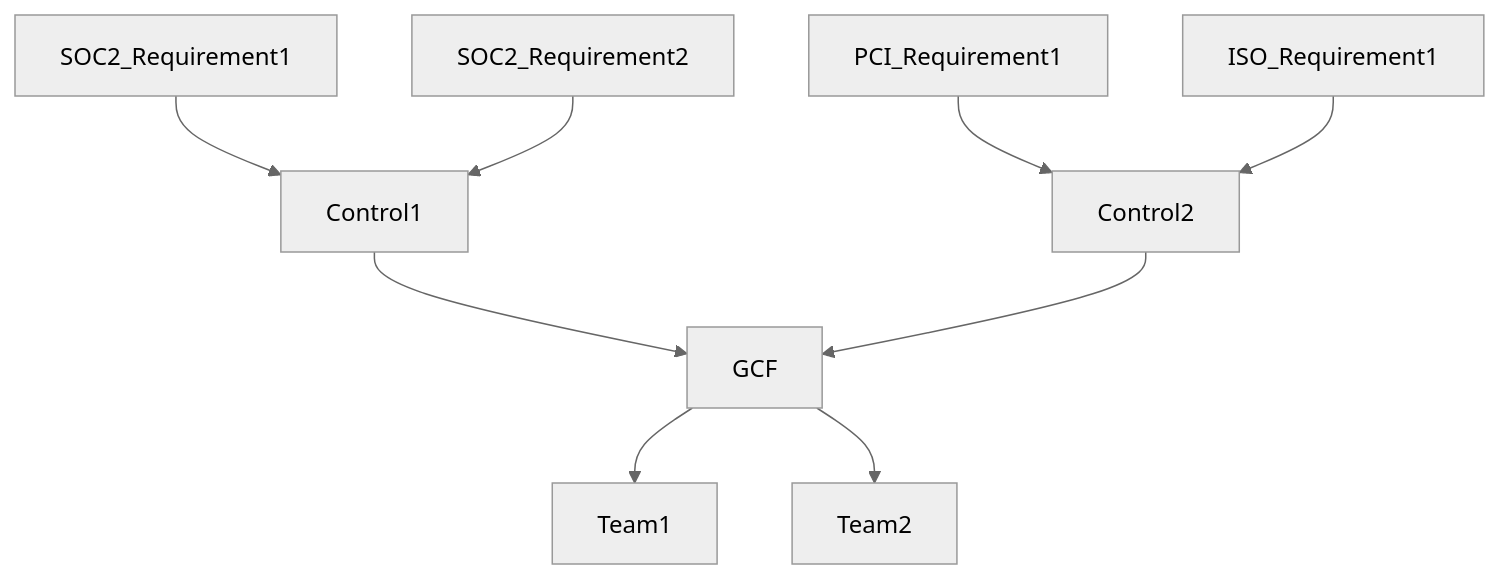
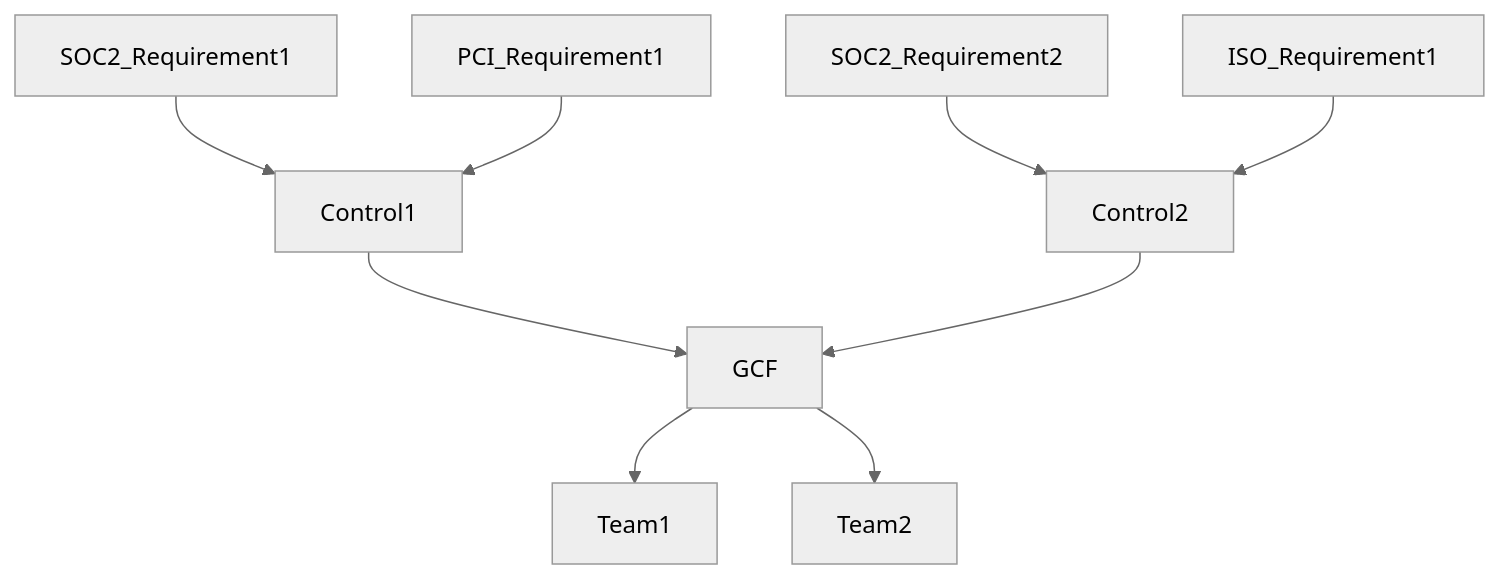
The second of 2 diagrams in content/handbook/security/security-assurance/security-compliance/sec-controls.md (zalyoung/gitlab-handbook), drawn with Mermaid (neutral theme) before and after one commit. The commit also changed other lines of this file, not shown here.

Commit message:
Update file sec-controls.md

````diff
--- a/content/handbook/security/security-assurance/security-compliance/sec-controls.md
+++ b/content/handbook/security/security-assurance/security-compliance/sec-controls.md
@@ -24,11 +24,11 @@
 ```mermaid
 graph TD;
     SOC2_Requirement1-->Control1;
-    SOC2_Requirement2-->Control1;
-    PCI_Requirement1-->Control2;
+    PCI_Requirement1-->Control1;
+    SOC2_Requirement2-->Control2;
     ISO_Requirement1-->Control2;
     Control1-->GCF;
     Control2-->GCF;
     GCF-->Team1;
     GCF-->Team2;
 ```
````
